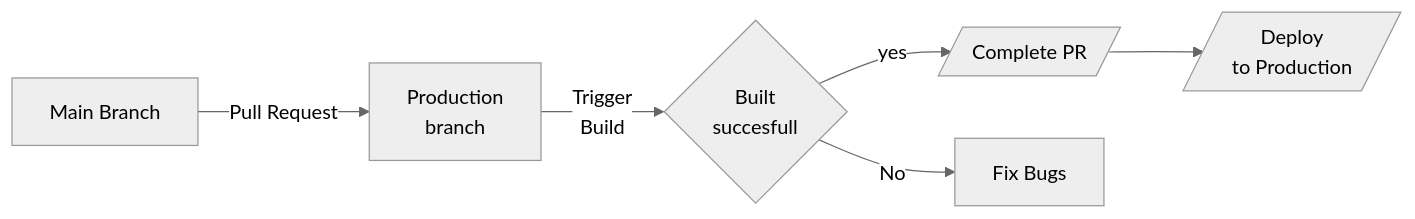
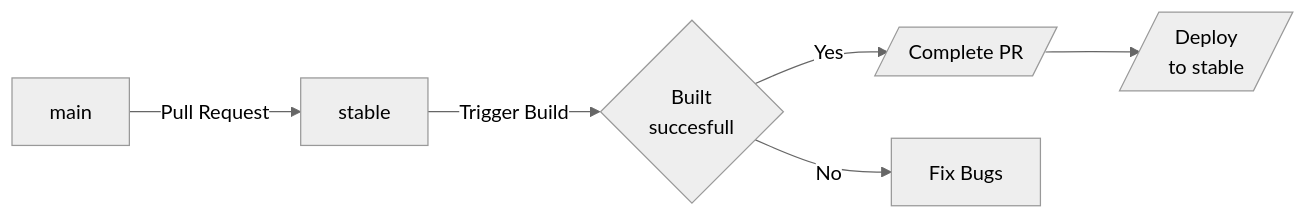
One commit to Mauwii/django_devops changed the third of 4 diagrams in docs/workflow/1-repository.md. Above: the diagram before and after it, drawn with Mermaid (neutral theme). The commit also changed other lines of this file, not shown here.

````diff
--- a/docs/workflow/1-repository.md
+++ b/docs/workflow/1-repository.md
@@ -62,8 +59,8 @@
-```mermaid
+``` mermaid
 graph LR
-    MainBranch[Main Branch] -- Pull Request --> ProductionBranch;
-    ProductionBranch[Production<br>branch] -- Trigger<br>Build --> CheckPrProduction{Built<br>succesfull};
-    CheckPrProduction -- yes --> CompleteMergeProduction[/Complete PR/];
-    CompleteMergeProduction --> DeployProduction[/Deploy<br>to Production/];
-    CheckPrProduction -- No --> TryFixBugsProduction[Fix Bugs];
+  main -- Pull Request --> stable;
+  stable -- Trigger Build --> CheckPrstable{Built<br>succesfull};
+  CheckPrstable -- Yes --> CompleteMergestable[/Complete PR/];
+  CompleteMergestable --> Deploystable[/Deploy<br>to stable/];
+  CheckPrstable -- No --> TryFixBugsstable[Fix Bugs];
 ```
````
